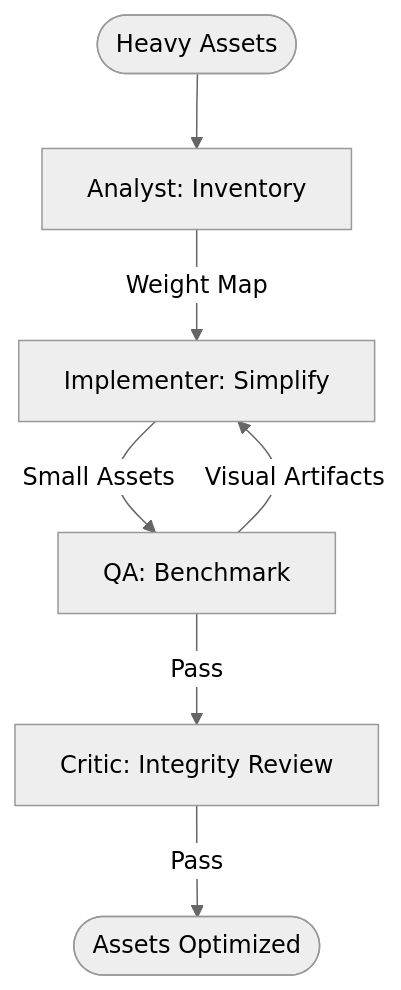
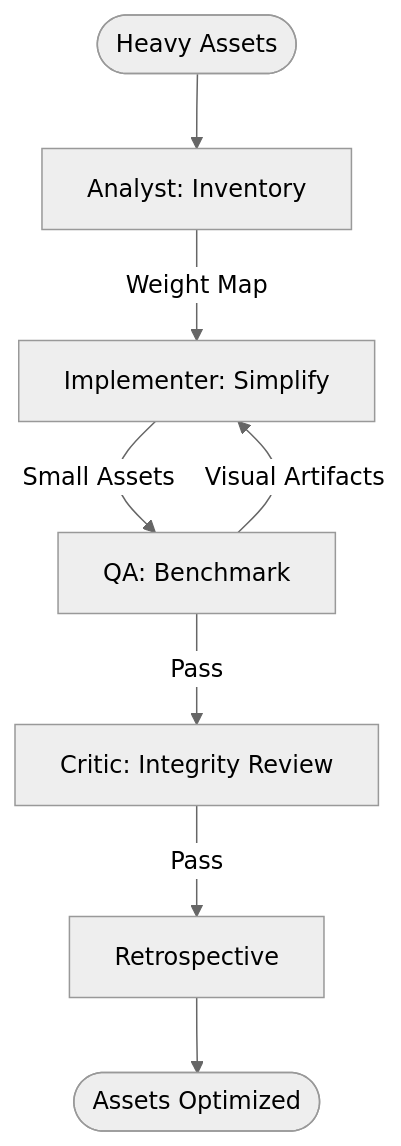
The diagram in custom-agents/workflows/arcgis/SpatialAssetOptimize.workflow.md (seanspiesman/Agents-and-Workflows), drawn with Mermaid (neutral theme) before and after one commit. The commit also changed other lines of this file and 38 other files, not shown here.

````diff
--- a/custom-agents/workflows/arcgis/SpatialAssetOptimize.workflow.md
+++ b/custom-agents/workflows/arcgis/SpatialAssetOptimize.workflow.md
@@ -58,9 +66,10 @@
 ```mermaid
 flowchart TD
     Start([Heavy Assets]) --> P1[Analyst: Inventory]
     P1 -->|Weight Map| P2[Implementer: Simplify]
     P2 -->|Small Assets| P3[QA: Benchmark]
     P3 -->|Visual Artifacts| P2
     P3 -->|Pass| P4[Critic: Integrity Review]
-    P4 -->|Pass| End([Assets Optimized])
+    P4 -->|Pass| P5[Retrospective]
+    P5 --> End([Assets Optimized])
 ```
````
